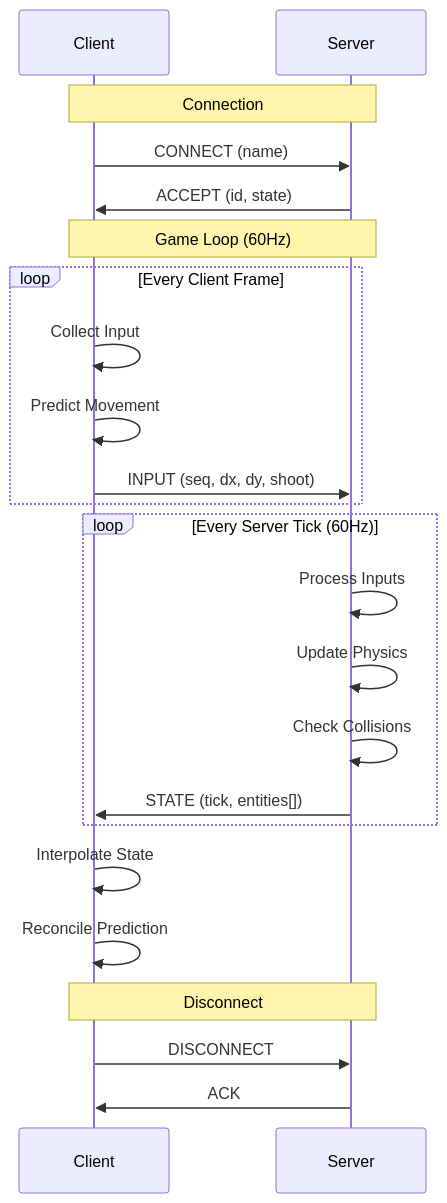
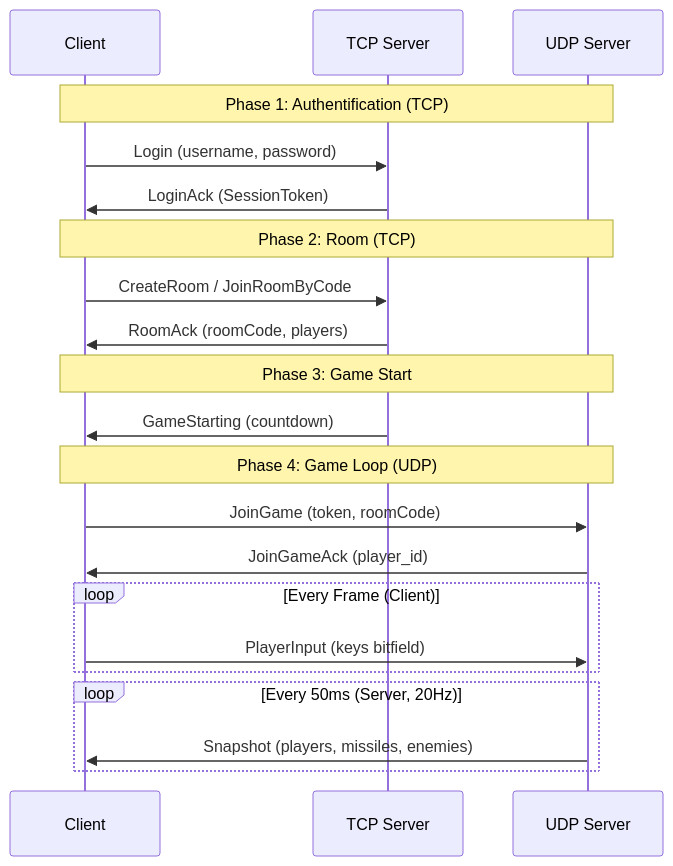
The second of 2 diagrams in docs/technique/reseau/index.md (ChrisG-L/rtype), drawn with Mermaid before and after one commit. The commit also changed other lines of this file and 4 other files, not shown here.

First line of the commit message:
Refactor documentation for gameplay, graphics abstraction, and networking

````diff
--- a/docs/technique/reseau/index.md
+++ b/docs/technique/reseau/index.md
@@ -373,30 +276,29 @@
 ```mermaid
 sequenceDiagram
     participant C as Client
-    participant S as Server
+    participant TCP as TCP Server
+    participant UDP as UDP Server
 
-    Note over C,S: Connection
-    C->>S: CONNECT (name)
-    S->>C: ACCEPT (id, state)
+    Note over C,UDP: Phase 1: Authentification (TCP)
+    C->>TCP: Login (username, password)
+    TCP->>C: LoginAck (SessionToken)
 
-    Note over C,S: Game Loop (60Hz)
-    loop Every Client Frame
-        C->>C: Collect Input
-        C->>C: Predict Movement
-        C->>S: INPUT (seq, dx, dy, shoot)
+    Note over C,UDP: Phase 2: Room (TCP)
+    C->>TCP: CreateRoom / JoinRoomByCode
+    TCP->>C: RoomAck (roomCode, players)
+
+    Note over C,UDP: Phase 3: Game Start
+    TCP->>C: GameStarting (countdown)
+
+    Note over C,UDP: Phase 4: Game Loop (UDP)
+    C->>UDP: JoinGame (token, roomCode)
+    UDP->>C: JoinGameAck (player_id)
+
+    loop Every Frame (Client)
+        C->>UDP: PlayerInput (keys bitfield)
     end
 
-    loop Every Server Tick (60Hz)
-        S->>S: Process Inputs
-        S->>S: Update Physics
-        S->>S: Check Collisions
-        S->>C: STATE (tick, entities[])
+    loop Every 50ms (Server, 20Hz)
+        UDP->>C: Snapshot (players, missiles, enemies)
     end
-
-    C->>C: Interpolate State
-    C->>C: Reconcile Prediction
-
-    Note over C,S: Disconnect
-    C->>S: DISCONNECT
-    S->>C: ACK
 ```
````
